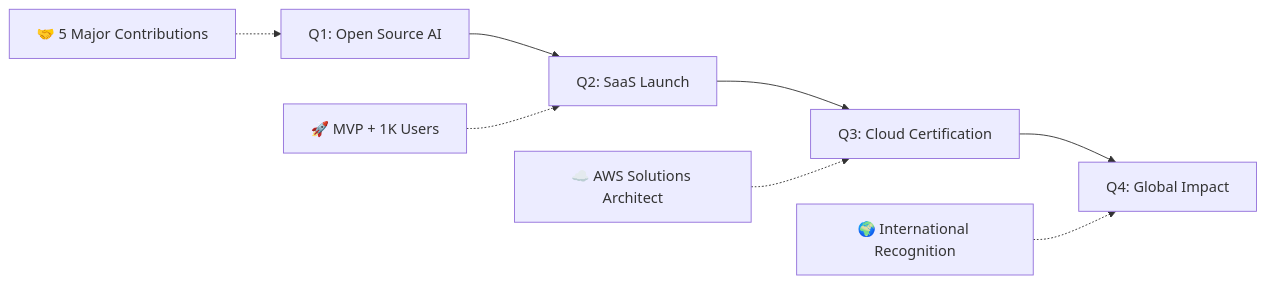
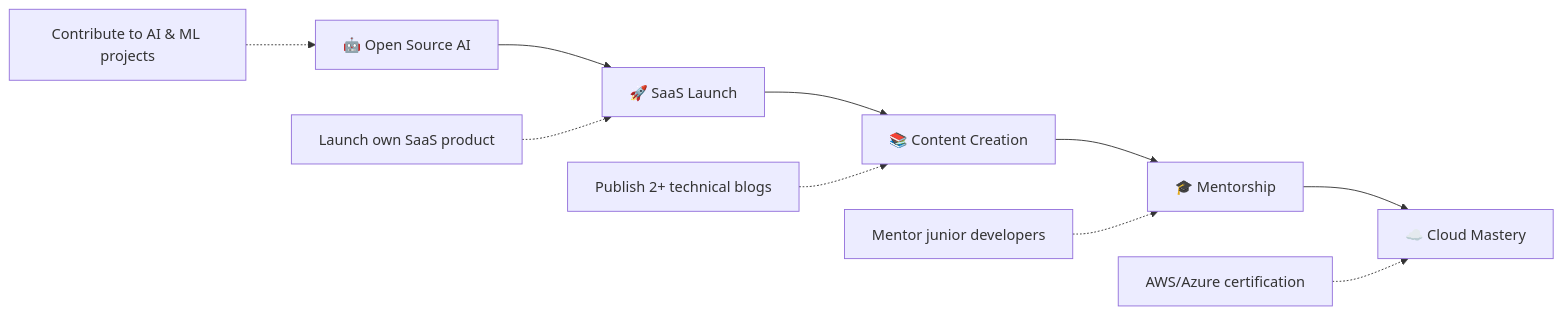
The diagram in README.md (Elvis557/Elvis557), drawn with Mermaid before and after one commit. The commit also changed other lines of this file, not shown here.

````diff
--- a/README.md
+++ b/README.md
@@ -148,11 +189,13 @@
 ```mermaid
 graph LR
-    A[Q1: Open Source AI] --> B[Q2: SaaS Launch]
-    B --> C[Q3: Cloud Certification]
-    C --> D[Q4: Global Impact]
+    A[🤖 Open Source AI] --> B[🚀 SaaS Launch]
+    B --> C[📚 Content Creation] 
+    C --> D[🎓 Mentorship]
+    D --> E[☁️ Cloud Mastery]
     
-    A1[🤝 5 Major Contributions] -.-> A
-    B1[🚀 MVP + 1K Users] -.-> B
-    C1[☁️ AWS Solutions Architect] -.-> C
-    D1[🌍 International Recognition] -.-> D
+    A1[Contribute to AI & ML projects] -.-> A
+    B1[Launch own SaaS product] -.-> B
+    C1[Publish 2+ technical blogs] -.-> C
+    D1[Mentor junior developers] -.-> D
+    E1[AWS/Azure certification] -.-> E
 ```
````
